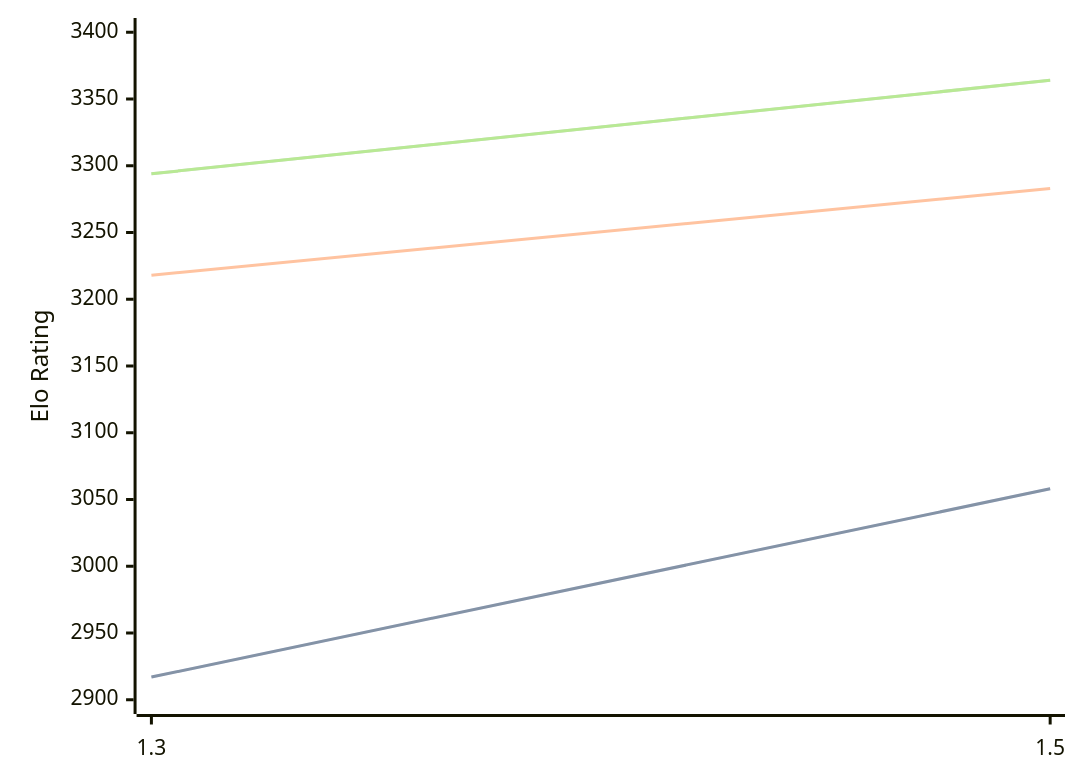
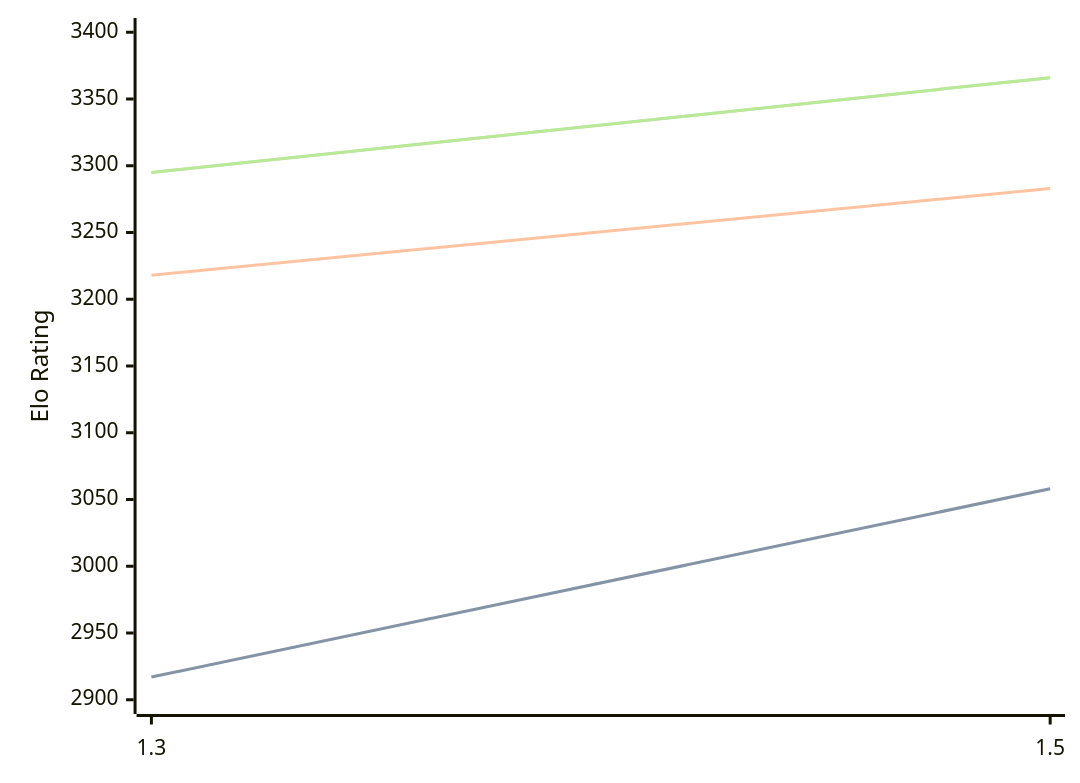
Before and after one commit to computer-chess-index/cci: the diagram in engines/Lambergar.md, drawn with Mermaid. The commit also changed other lines of this file, not shown here.

Commit message:
Update CCI Ratings (ELO VLTC) - 2026-09-27

````diff
--- a/engines/Lambergar.md
+++ b/engines/Lambergar.md
@@ -32,11 +32,11 @@
 ```mermaid
 %%{init: {"theme":"base","themeVariables":{"seriesColors:['#a3a3a3','#222221','#faa371']}}}%%
 xychart-beta
   x-axis ["1.3", "1.5"]
   y-axis "Elo Rating" 2900 --> 3400
   line "" [2917, 3058]
   line "STC (8.0+0.08s)" [2917, 3058]
   line "LTC (60.0+0.60s)" [3218, 3283]
-  line "" [3294, 3364]
-  line "VLTC (2m24s+1.12s)" [3294, 3364]
+  line "" [3295, 3366]
+  line "VLTC (2m24s+1.12s)" [3295, 3366]
 ```
````
